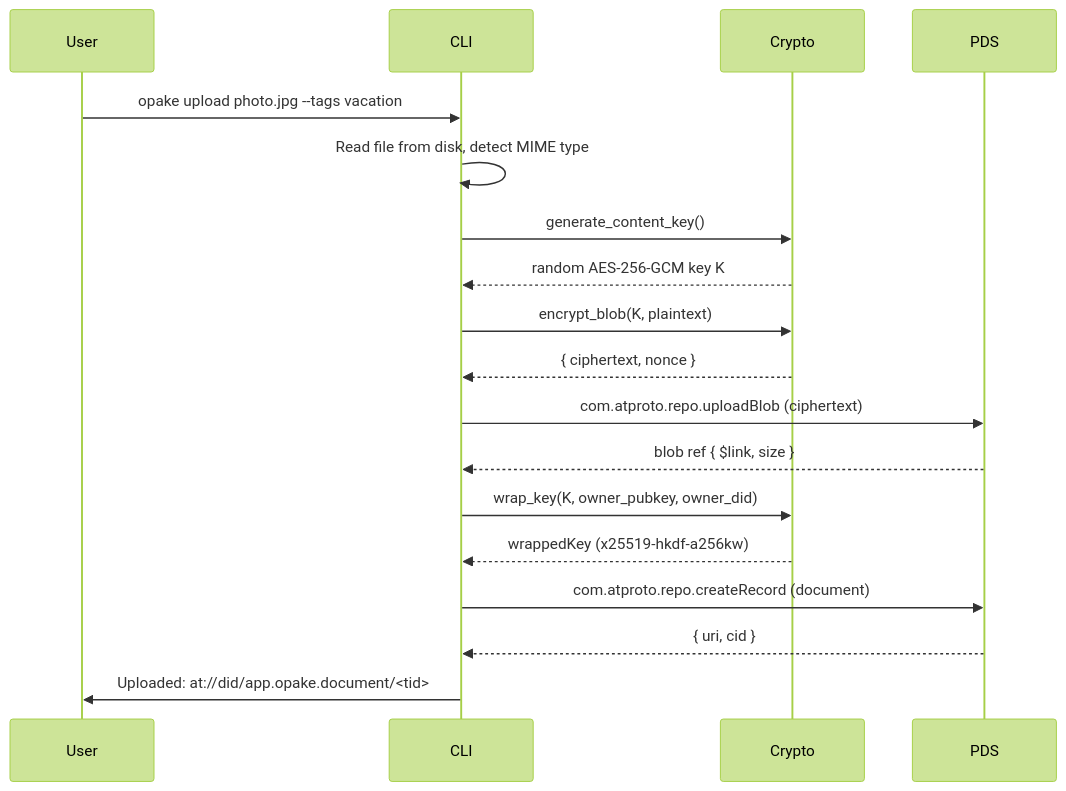
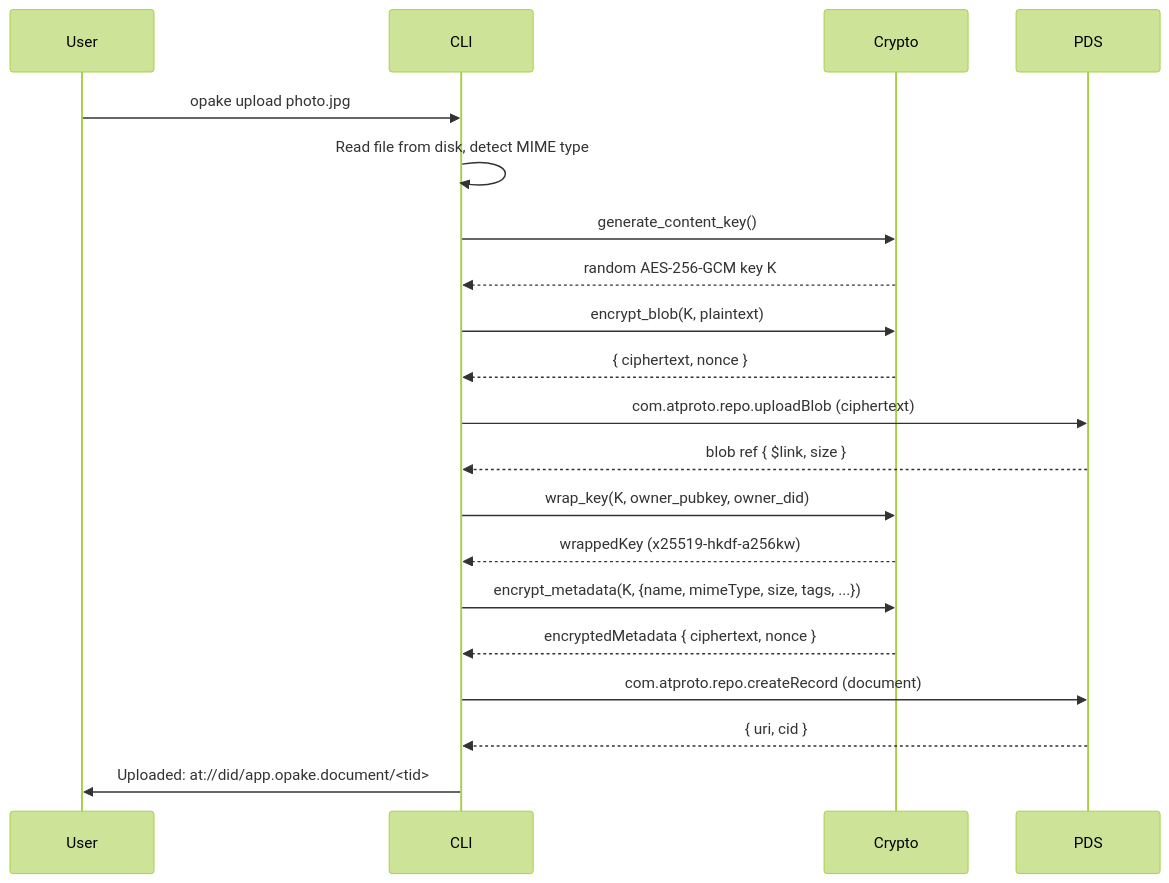
The first of 5 diagrams in docs/flows/documents.md (Sans-Self/Opake), drawn with Mermaid (forest theme) before and after one commit. The commit also changed other lines of this file and 26 other files, not shown here.

````diff
--- a/docs/flows/documents.md
+++ b/docs/flows/documents.md
@@ -7,27 +7,30 @@
 ```mermaid
 sequenceDiagram
     participant User
     participant CLI
     participant Crypto
     participant PDS
 
-    User->>CLI: opake upload photo.jpg --tags vacation
+    User->>CLI: opake upload photo.jpg
 
     CLI->>CLI: Read file from disk, detect MIME type
     CLI->>Crypto: generate_content_key()
     Crypto-->>CLI: random AES-256-GCM key K
 
     CLI->>Crypto: encrypt_blob(K, plaintext)
     Crypto-->>CLI: { ciphertext, nonce }
 
     CLI->>PDS: com.atproto.repo.uploadBlob (ciphertext)
     PDS-->>CLI: blob ref { $link, size }
 
     CLI->>Crypto: wrap_key(K, owner_pubkey, owner_did)
     Crypto-->>CLI: wrappedKey (x25519-hkdf-a256kw)
 
+    CLI->>Crypto: encrypt_metadata(K, {name, mimeType, size, tags, ...})
+    Crypto-->>CLI: encryptedMetadata { ciphertext, nonce }
+
     CLI->>PDS: com.atproto.repo.createRecord (document)
     PDS-->>CLI: { uri, cid }
 
     CLI->>User: Uploaded: at://did/app.opake.document/<tid>
 ```
````
